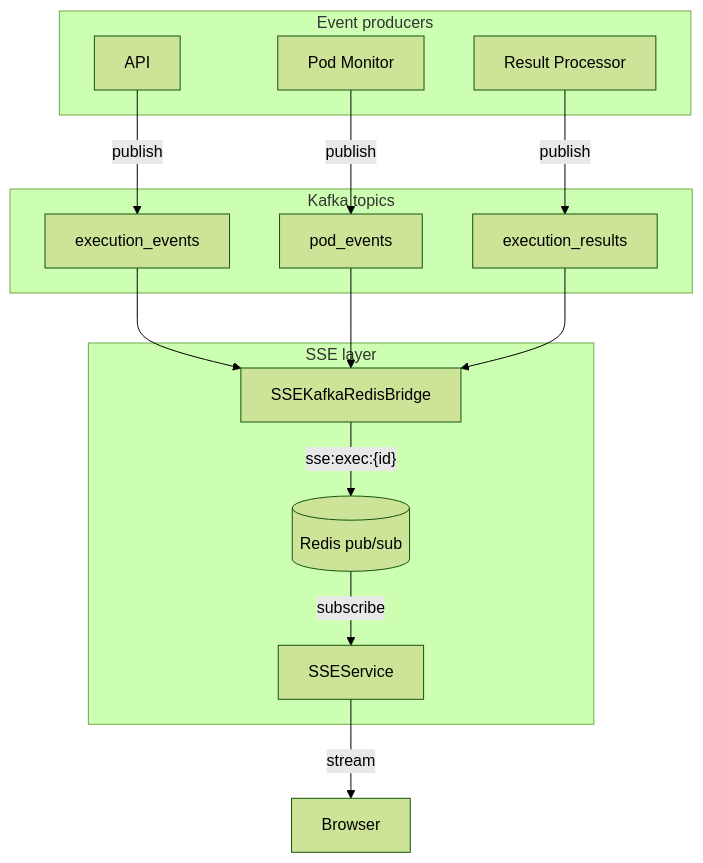
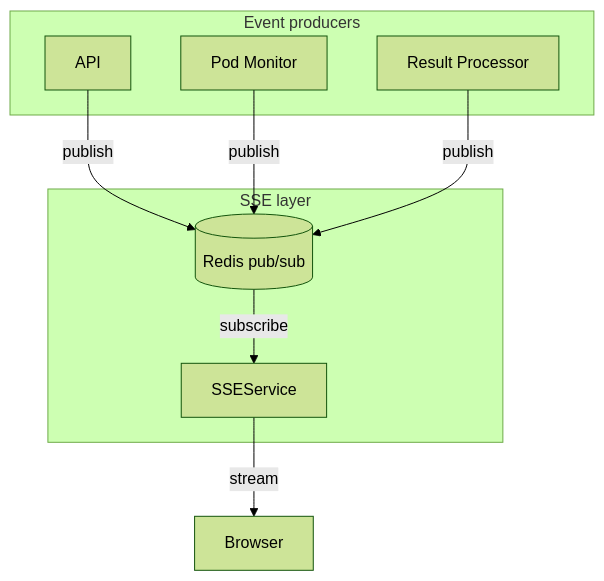
The diagram in docs/components/sse/sse-architecture.md (HardMax71/Integr8sCode), drawn with Mermaid (forest theme) before and after one commit. The commit also changed other lines of this file and 68 other files, not shown here.

````diff
--- a/docs/components/sse/sse-architecture.md
+++ b/docs/components/sse/sse-architecture.md
@@ -7,34 +7,22 @@
 ```mermaid
 graph TD
     subgraph "Event producers"
         API[API]
         PodMon[Pod Monitor]
         ResultProc[Result Processor]
     end
 
-    subgraph "Kafka topics"
-        ExecEvents[execution_events]
-        PodEvents[pod_events]
-        Results[execution_results]
-    end
-
     subgraph "SSE layer"
-        Bridge[SSEKafkaRedisBridge]
         Redis[(Redis pub/sub)]
         SSESvc[SSEService]
     end
 
     Browser[Browser]
 
-    API -->|"publish"| ExecEvents
-    PodMon -->|"publish"| PodEvents
-    ResultProc -->|"publish"| Results
+    API -->|"publish"| Redis
+    PodMon -->|"publish"| Redis
+    ResultProc -->|"publish"| Redis
 
-    ExecEvents --> Bridge
-    PodEvents --> Bridge
-    Results --> Bridge
-
-    Bridge -->|"sse:exec:{id}"| Redis
     Redis -->|"subscribe"| SSESvc
     SSESvc -->|"stream"| Browser
 ```
````
